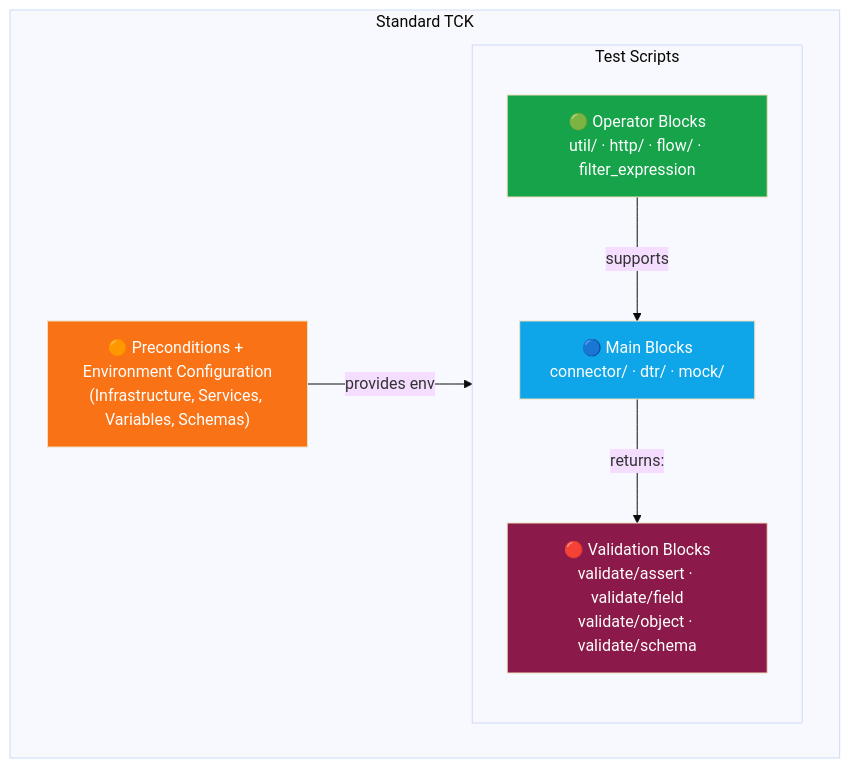
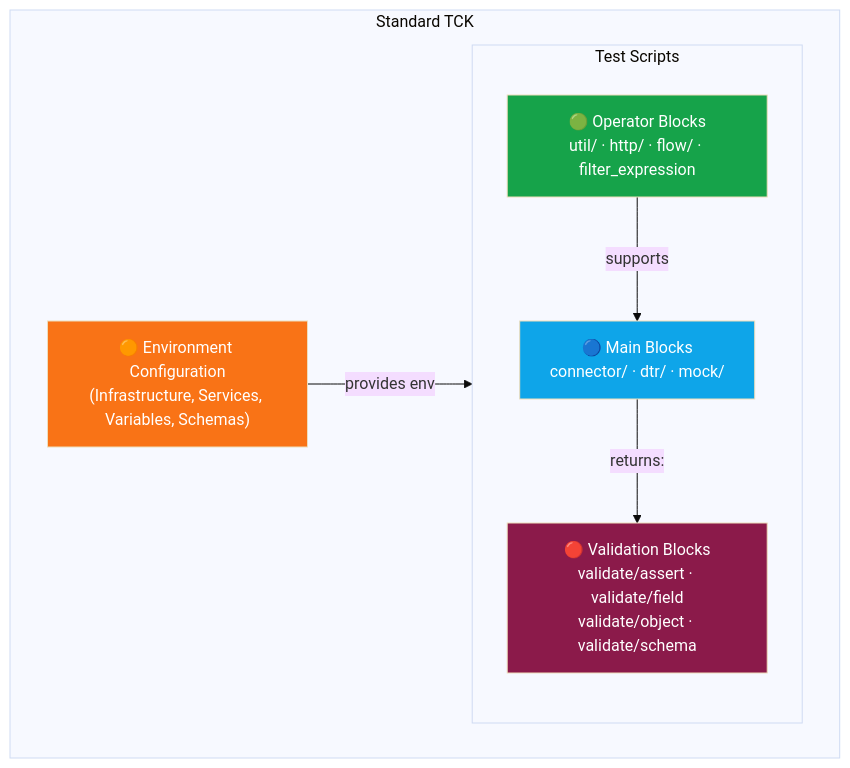
Before and after one commit to tudorfrincu1/tractusx-testlab: the diagram in docs/api-reference/index.md, drawn with Mermaid (base theme). The commit also changed other lines of this file and 170 other files, not shown here.

````diff
--- a/docs/api-reference/index.md
+++ b/docs/api-reference/index.md
@@ -34,21 +34,21 @@
 ```mermaid
 graph TB
     subgraph TCK["Standard TCK"]
         subgraph Scripts["Test Scripts"]
             direction TB
             V["🔴 Validation Blocks<br/>validate/assert · validate/field<br/>validate/object · validate/schema"]
             M["🔵 Main Blocks<br/>connector/ · dtr/ · mock/"]
             O["🟢 Operator Blocks<br/>util/ · http/ · flow/ · filter_expression"]
         end
-        C["🟠 Preconditions + Environment Configuration<br/>(Infrastructure, Services, Variables, Schemas)"]
+        C["🟠 Environment Configuration<br/>(Infrastructure, Services, Variables, Schemas)"]
     end
 
     M -->|"returns:"| V
     O -->|"supports"| M
     C -->|"provides env"| Scripts
 
     style V fill:#8B1A4A,color:#fff
     style M fill:#0EA5E9,color:#fff
     style O fill:#16A34A,color:#fff
     style C fill:#F97316,color:#fff
 ```
````
